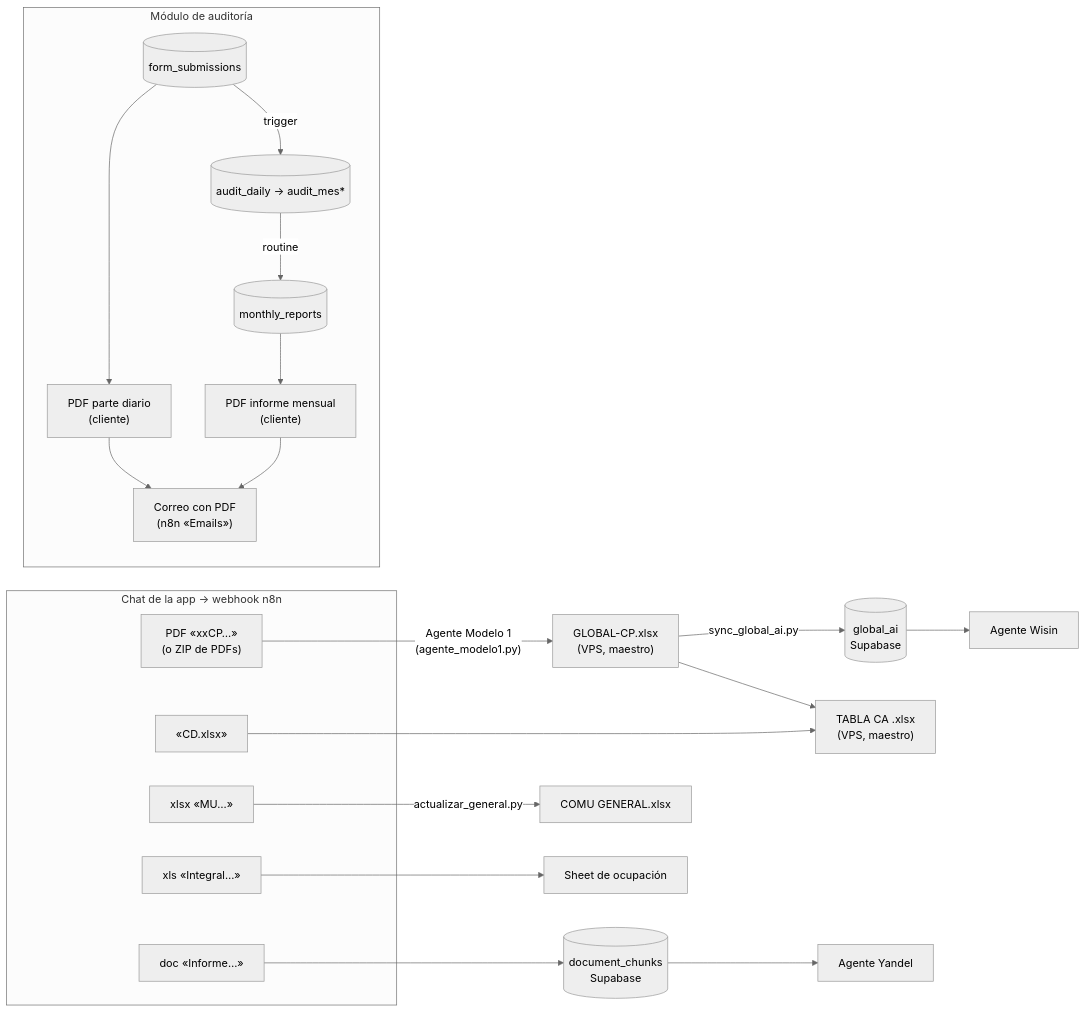
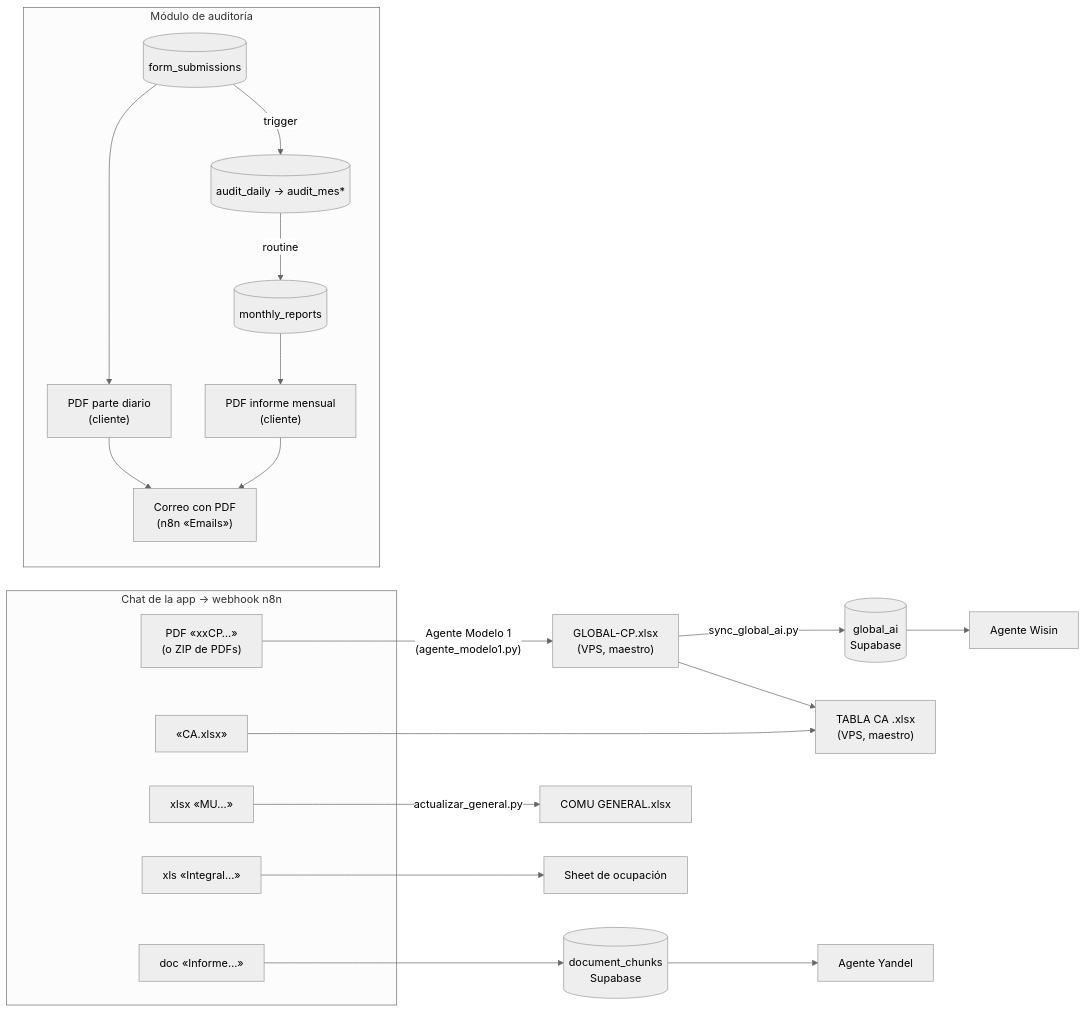
One commit to iaquantic/Polarier-App changed the diagram in vault/Generacion-Documentos.md. Above: the diagram before and after it, drawn with Mermaid (neutral theme). The commit also changed other lines of this file and 7 other files, not shown here.

````diff
--- a/vault/Generacion-Documentos.md
+++ b/vault/Generacion-Documentos.md
@@ -11,27 +11,27 @@
 ```mermaid
 flowchart LR
   subgraph Chat["Chat de la app → webhook n8n"]
     CP["PDF «xxCP…»\n(o ZIP de PDFs)"]
-    CD["«<LAV>CD<AAAAMM>.xlsx»"]
+    CD["«<POLO>CA<AAAAMM>.xlsx»"]
     MU["xlsx «<PROV>MU…»"]
     INT["xls «Integral…»"]
     INF["doc «Informe…»"]
   end
   CP -->|"Agente Modelo 1\n(agente_modelo1.py)"| G["GLOBAL-CP<aa>.xlsx\n(VPS, maestro)"]
   G -->|sync_global_ai.py| GA[("global_ai\nSupabase")]
   GA --> W["Agente Wisin"]
   CD --> CA["TABLA CA <año>.xlsx\n(VPS, maestro)"]
   G --> CA
   MU -->|actualizar_general.py| CG["COMU <MES> GENERAL.xlsx"]
   INT --> OC["Sheet de ocupación"]
   INF --> DC[("document_chunks\nSupabase")]
   DC --> Y["Agente Yandel"]
   subgraph App["Módulo de auditoría"]
     FS[("form_submissions")] --> PD["PDF parte diario\n(cliente)"]
     FS -->|trigger| AD[("audit_daily → audit_mes*")]
     AD -->|routine| MR[("monthly_reports")]
     MR --> PM["PDF informe mensual\n(cliente)"]
     PD --> EM["Correo con PDF\n(n8n «Emails»)"]
     PM --> EM
   end
 ```
````
